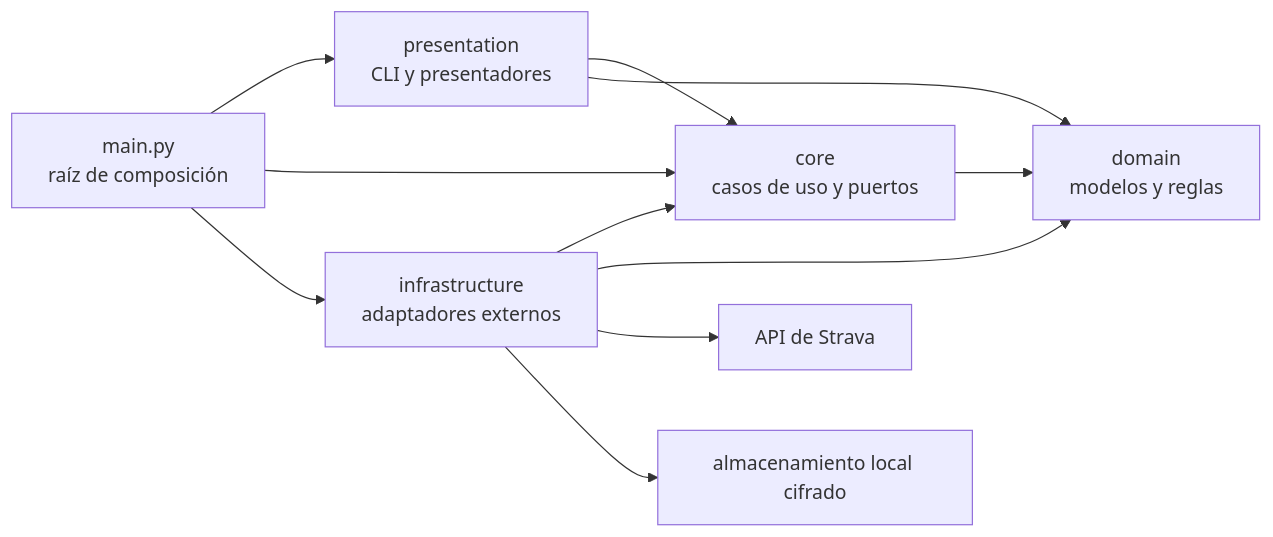
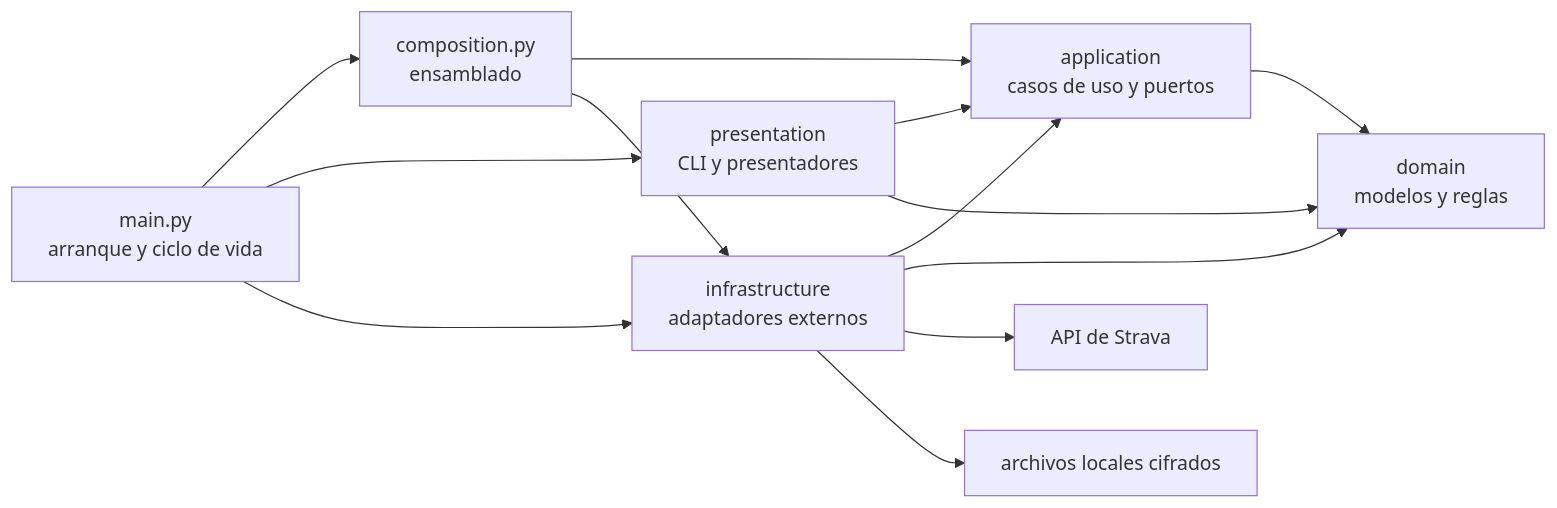
The diagram in docs/architecture.md (AlexAlgarate/strava_analisys), drawn with Mermaid before and after one commit. The commit also changed other lines of this file and 3 other files, not shown here.

Commit message:
docs(architecture): describe final application layers

````diff
--- a/docs/architecture.md
+++ b/docs/architecture.md
@@ -7,21 +7,24 @@
 ```mermaid
 flowchart LR
-    Main["main.py<br/>raíz de composición"]
+    Main["main.py<br/>arranque y ciclo de vida"]
+    Composition["composition.py<br/>ensamblado"]
     Presentation["presentation<br/>CLI y presentadores"]
-    Core["core<br/>casos de uso y puertos"]
+    Application["application<br/>casos de uso y puertos"]
     Infrastructure["infrastructure<br/>adaptadores externos"]
     Domain["domain<br/>modelos y reglas"]
     Strava["API de Strava"]
-    Local["almacenamiento local cifrado"]
+    Local["archivos locales cifrados"]
 
+    Main --> Composition
     Main --> Presentation
-    Main --> Core
     Main --> Infrastructure
-    Presentation --> Core
+    Composition --> Application
+    Composition --> Infrastructure
+    Presentation --> Application
     Presentation --> Domain
-    Core --> Domain
-    Infrastructure --> Core
+    Infrastructure --> Application
     Infrastructure --> Domain
+    Application --> Domain
     Infrastructure --> Strava
     Infrastructure --> Local
 ```
````
